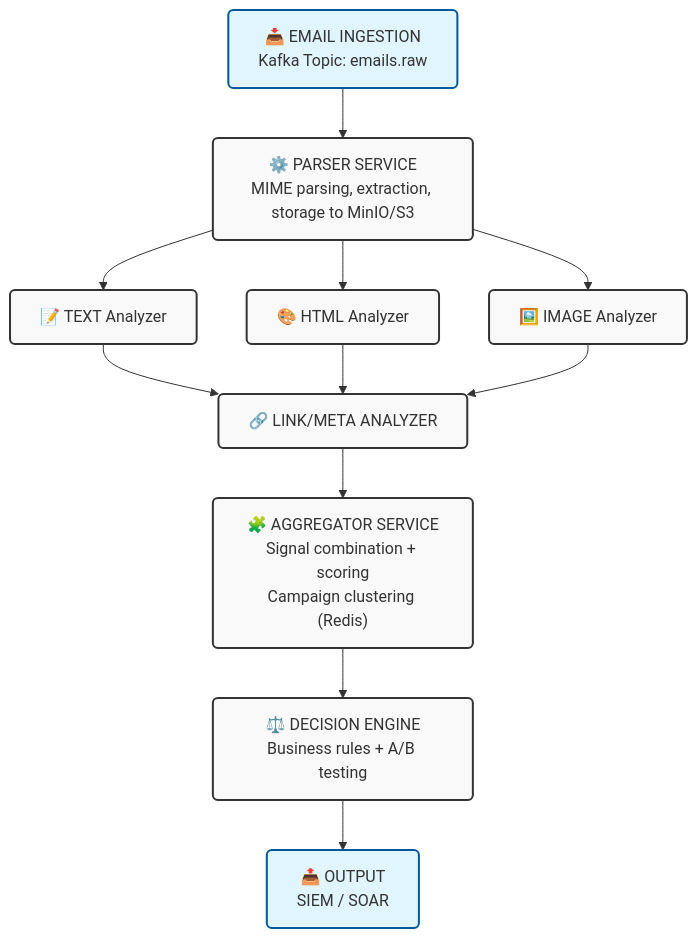
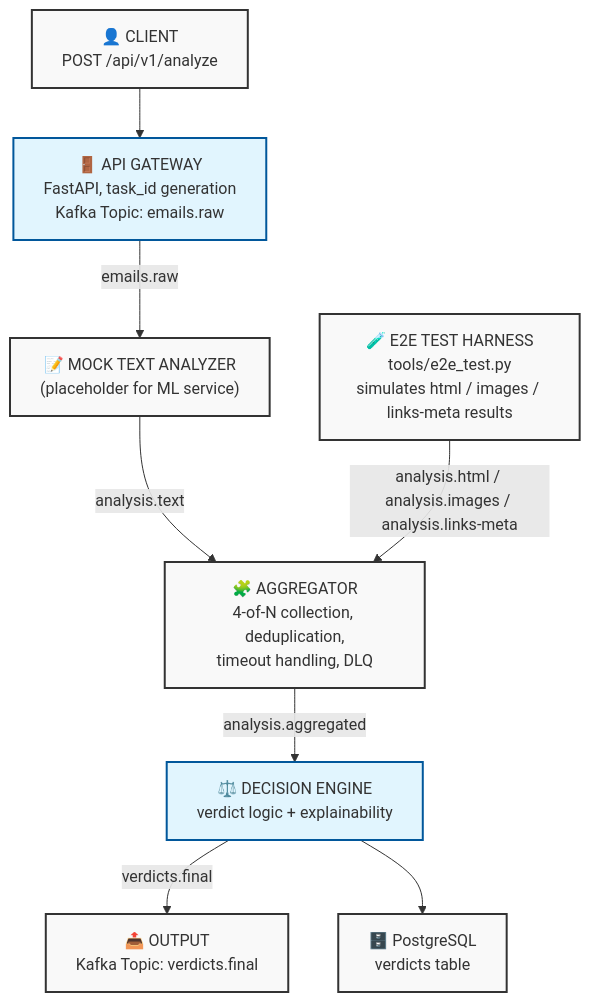
One commit to kosavka223/AI-Slop-detector changed the diagram in README.md. Above: the diagram before and after it, drawn with Mermaid. The commit also changed other lines of this file, not shown here.

````diff
--- a/README.md
+++ b/README.md
@@ -112,37 +95,30 @@
 ```mermaid
 graph TD
-    
-    Ingestion["📥 EMAIL INGESTION<br/>Kafka Topic: emails.raw"]
-    Parser["⚙️ PARSER SERVICE<br/>MIME parsing, extraction, storage to MinIO/S3"]
-    
-    Text["📝 TEXT Analyzer"]
-    Html["🎨 HTML Analyzer"]
-    Image["🖼️ IMAGE Analyzer"]
-    
-    LinkMeta["🔗 LINK/META ANALYZER"]
-    
-    Aggregator["🧩 AGGREGATOR SERVICE<br/>Signal combination + scoring<br/>Campaign clustering (Redis)"]
-    
-    Decision["⚖️ DECISION ENGINE<br/>Business rules + A/B testing"]
-    
-    Output["📤 OUTPUT<br/>SIEM / SOAR"]
+    Client["👤 CLIENT<br/>POST /api/v1/analyze"]
 
-    
-    Ingestion --> Parser
-    Parser --> Text
-    Parser --> Html
-    Parser --> Image
-    
-    Text --> LinkMeta
-    Html --> LinkMeta
-    Image --> LinkMeta
-    
-    LinkMeta --> Aggregator
-    Aggregator --> Decision
-    Decision --> Output
+    Gateway["🚪 API GATEWAY<br/>FastAPI, task_id generation<br/>Kafka Topic: emails.raw"]
 
-    
-    classDef default fill:#f9f9f9,stroke:#333,stroke-width:2px,rx:5,ry:5;
-    classDef highlight fill:#e1f5fe,stroke:#01579b,stroke-width:2px;
-    class Ingestion,Output highlight;
+    MockAnalyzer["📝 MOCK TEXT ANALYZER<br/>(placeholder for ML service)"]
+
+    E2E["🧪 E2E TEST HARNESS<br/>tools/e2e_test.py<br/>simulates html / images / links-meta results"]
+
+    Aggregator["🧩 AGGREGATOR<br/>4-of-N collection, deduplication,<br/>timeout handling, DLQ"]
+
+    Decision["⚖️ DECISION ENGINE<br/>verdict logic + explainability"]
+
+    PG["🗄️ PostgreSQL<br/>verdicts table"]
+
+    Output["📤 OUTPUT<br/>Kafka Topic: verdicts.final"]
+
+    Client --> Gateway
+    Gateway -->|emails.raw| MockAnalyzer
+    MockAnalyzer -->|analysis.text| Aggregator
+    E2E -->|analysis.html / analysis.images / analysis.links-meta| Aggregator
+    Aggregator -->|analysis.aggregated| Decision
+    Decision -->|verdicts.final| Output
+    Decision --> PG
+
+    classDef default fill:#f9f9f9,stroke:#333,stroke-width:2px;
+    classDef infra fill:#e1f5fe,stroke:#01579b,stroke-width:2px;
+    class Gateway,Decision infra;
 ```
````
